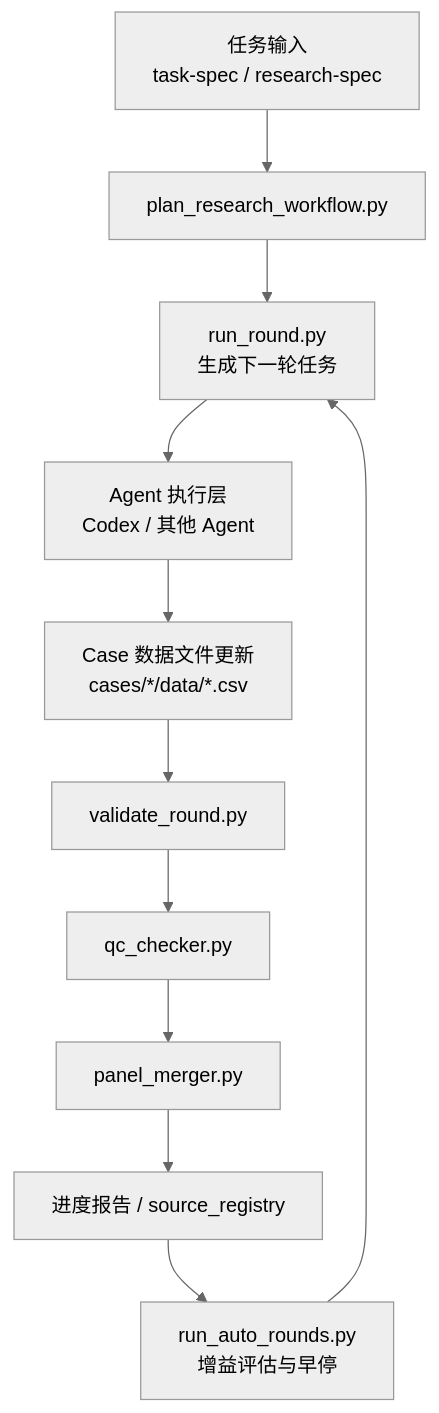
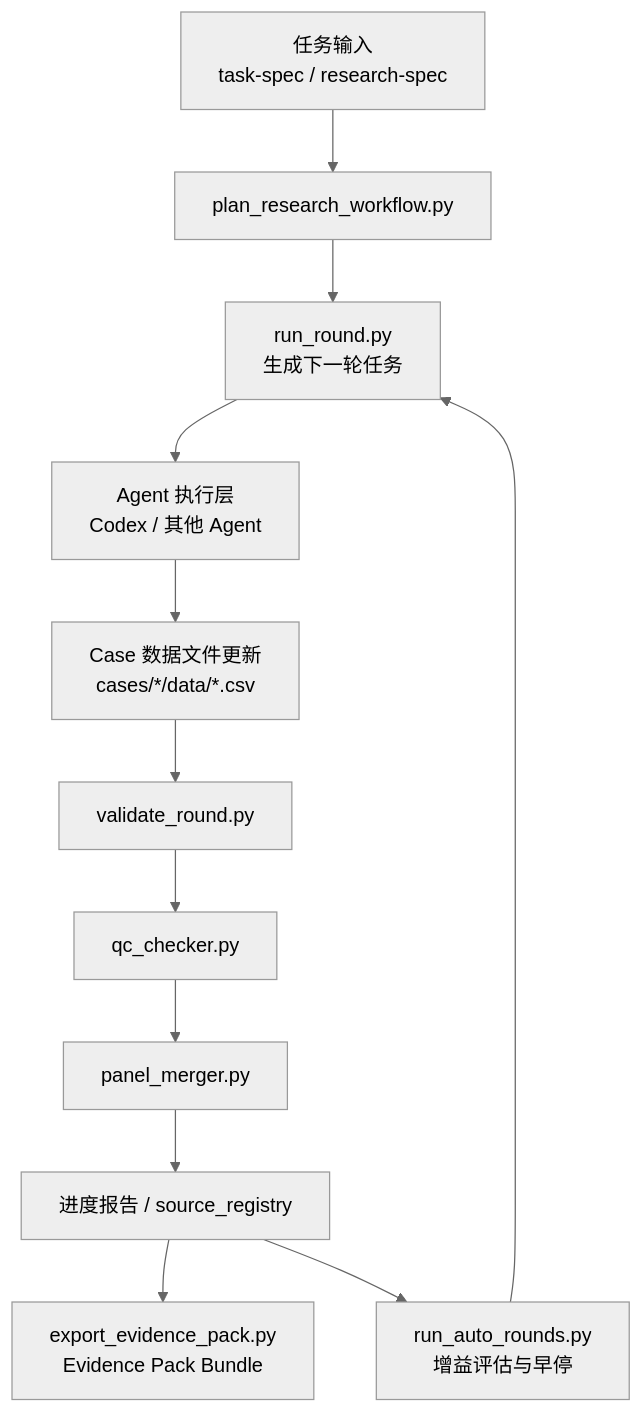
Before and after one commit to Wack520/academic-data-hunter: the first of 3 diagrams in docs/architecture.md, drawn with Mermaid (neutral theme). The commit also changed other lines of this file and 139 other files, not shown here.

````diff
--- a/docs/architecture.md
+++ b/docs/architecture.md
@@ -7,13 +7,14 @@
 ```mermaid
 flowchart TD
     A[任务输入<br/>task-spec / research-spec] --> B[plan_research_workflow.py]
     B --> C[run_round.py<br/>生成下一轮任务]
     C --> D[Agent 执行层<br/>Codex / 其他 Agent]
     D --> E[Case 数据文件更新<br/>cases/*/data/*.csv]
     E --> F[validate_round.py]
     F --> G[qc_checker.py]
     G --> H[panel_merger.py]
     H --> I[进度报告 / source_registry]
+    I --> K[export_evidence_pack.py<br/>Evidence Pack Bundle]
     I --> J[run_auto_rounds.py<br/>增益评估与早停]
     J --> C
 ```
````
